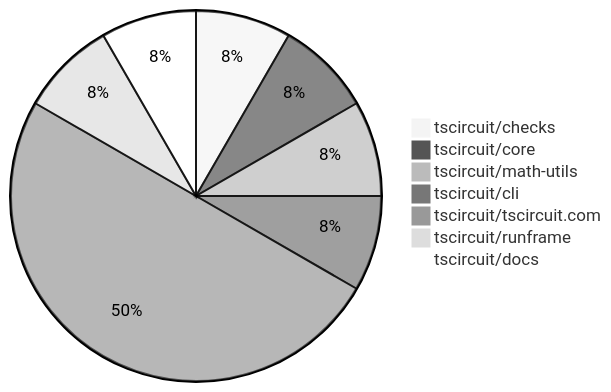
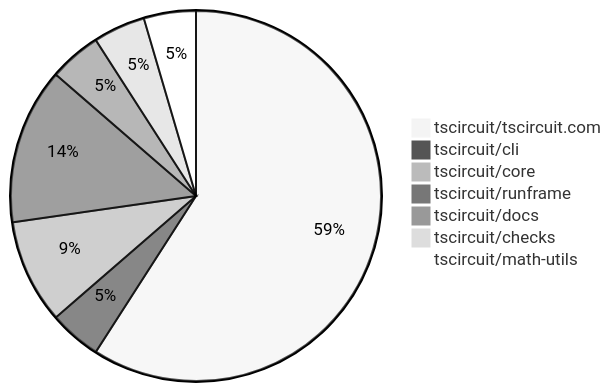
One commit to tscircuit/contribution-tracker changed the diagram in README.md. Above: the diagram before and after it, drawn with Mermaid (neutral theme). The commit also changed other lines of this file and 3 other files, not shown here.

````diff
--- a/README.md
+++ b/README.md
@@ -24,10 +24,10 @@
 ```mermaid
 pie
+    "tscircuit/tscircuit.com" : 13
+    "tscircuit/cli" : 1
+    "tscircuit/core" : 2
+    "tscircuit/runframe" : 3
+    "tscircuit/docs" : 1
     "tscircuit/checks" : 1
-    "tscircuit/core" : 1
     "tscircuit/math-utils" : 1
-    "tscircuit/cli" : 1
-    "tscircuit/tscircuit.com" : 6
-    "tscircuit/runframe" : 1
-    "tscircuit/docs" : 1
 ```
````
